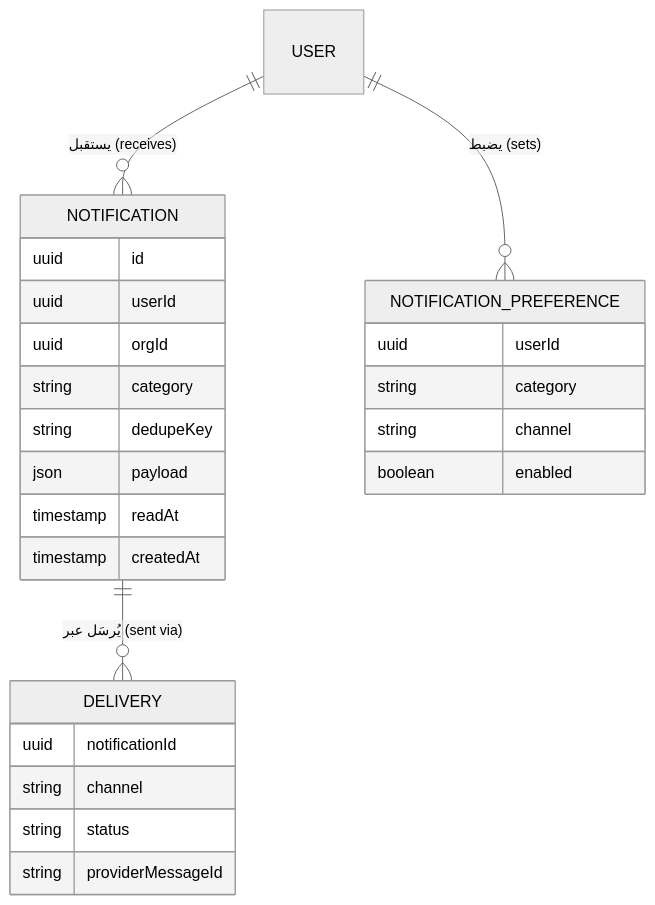
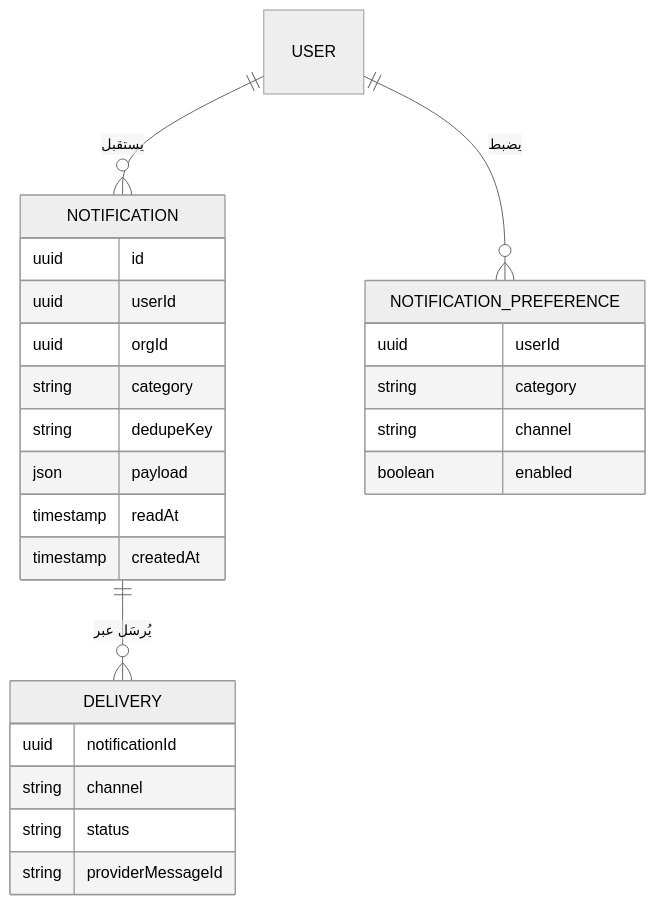
Before and after one commit to Tamoura/system-design-for-vibe-coders: the third of 6 diagrams in saas/modules/04-communication.ar.md, drawn with Mermaid (neutral theme). The commit also changed other lines of this file and 551 other files, not shown here.

````diff
--- a/saas/modules/04-communication.ar.md
+++ b/saas/modules/04-communication.ar.md
@@ -340,28 +340,28 @@
 ```mermaid
 erDiagram
-    USER ||--o{ NOTIFICATION : "يستقبل (receives)"
-    USER ||--o{ NOTIFICATION_PREFERENCE : "يضبط (sets)"
-    NOTIFICATION ||--o{ DELIVERY : "يُرسَل عبر (sent via)"
+    USER ||--o{ NOTIFICATION : "يستقبل"
+    USER ||--o{ NOTIFICATION_PREFERENCE : "يضبط"
+    NOTIFICATION ||--o{ DELIVERY : "يُرسَل عبر"
     NOTIFICATION {
         uuid id
         uuid userId
         uuid orgId
         string category
         string dedupeKey
         json payload
         timestamp readAt
         timestamp createdAt
     }
     NOTIFICATION_PREFERENCE {
         uuid userId
         string category
         string channel
         boolean enabled
     }
     DELIVERY {
         uuid notificationId
         string channel
         string status
         string providerMessageId
     }
 ```
````
